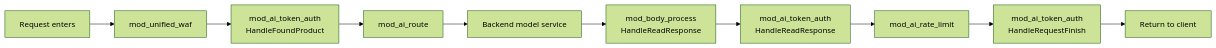
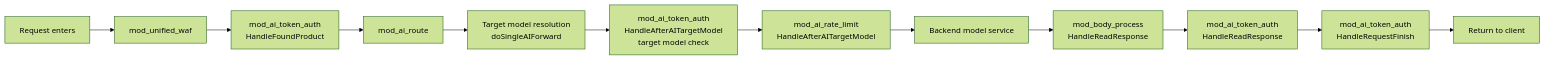
One commit to mileszhang2016/rainway-book changed the first of 3 diagrams in en_us/implementation/chapter32-mod-ai-token-auth.md. Above: the diagram before and after it, drawn with Mermaid (forest theme). The commit also changed other lines of this file and 55 other files, not shown here.

````diff
--- a/en_us/implementation/chapter32-mod-ai-token-auth.md
+++ b/en_us/implementation/chapter32-mod-ai-token-auth.md
@@ -62,12 +66,14 @@
 ```mermaid
 flowchart LR
     A[Request enters] --> B[mod_unified_waf]
     B --> C[mod_ai_token_auth<br/>HandleFoundProduct]
     C --> D[mod_ai_route]
-    D --> E[Backend model service]
-    E --> F[mod_body_process<br/>HandleReadResponse]
-    F --> G[mod_ai_token_auth<br/>HandleReadResponse]
-    G --> H[mod_ai_rate_limit]
-    H --> I[mod_ai_token_auth<br/>HandleRequestFinish]
-    I --> J[Return to client]
+    D --> E[Target model resolution<br/>doSingleAIForward]
+    E --> F[mod_ai_token_auth<br/>HandleAfterAITargetModel<br/>target model check]
+    F --> G[mod_ai_rate_limit<br/>HandleAfterAITargetModel]
+    G --> H[Backend model service]
+    H --> I[mod_body_process<br/>HandleReadResponse]
+    I --> J[mod_ai_token_auth<br/>HandleReadResponse]
+    J --> K[mod_ai_token_auth<br/>HandleRequestFinish]
+    K --> L[Return to client]
 ```
````
